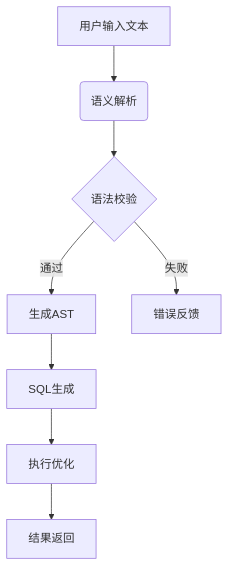
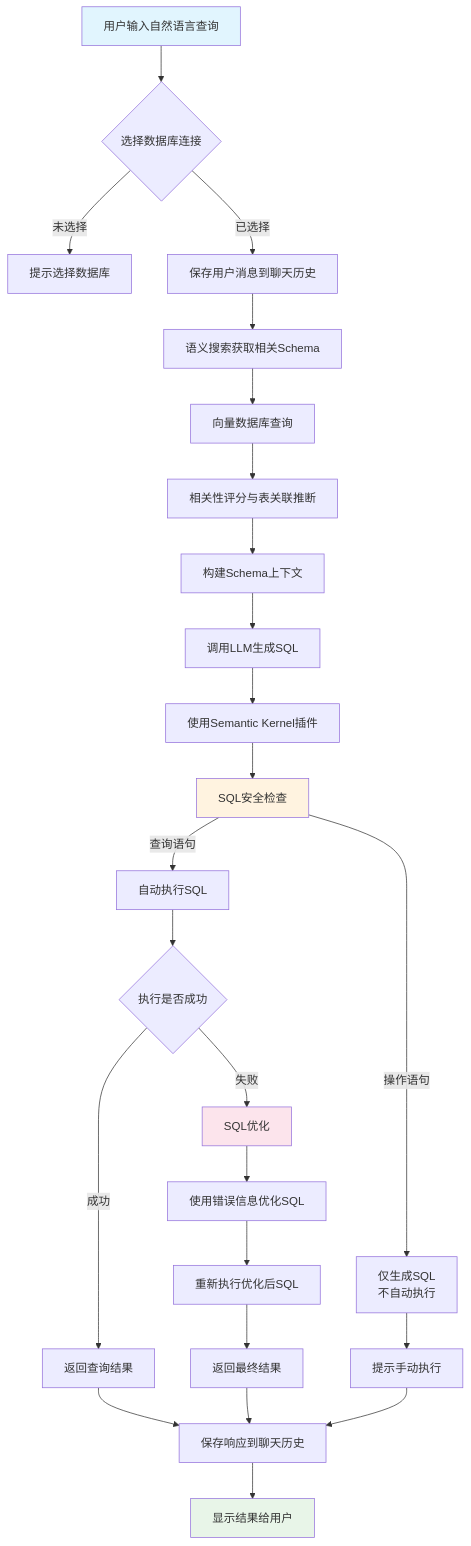
Before and after one commit to ichichchch/Text2Sql.Net: the first of 3 diagrams in README.md, drawn with Mermaid. The commit also changed other lines of this file and 2 other files, not shown here.

````diff
--- a/README.md
+++ b/README.md
@@ -55,10 +55,37 @@
 ```mermaid
 flowchart TD
-    A[用户输入文本] --> B(语义解析)
-    B --> C{语法校验}
-    C -->|通过| D[生成AST]
-    C -->|失败| E[错误反馈]
-    D --> F[SQL生成]
-    F --> G[执行优化]
-    G --> H[结果返回]
+    A[用户输入自然语言查询] --> B{选择数据库连接}
+    B -->|未选择| C[提示选择数据库]
+    B -->|已选择| D[保存用户消息到聊天历史]
+    
+    D --> E[语义搜索获取相关Schema]
+    E --> F[向量数据库查询]
+    F --> G[相关性评分与表关联推断]
+    G --> H[构建Schema上下文]
+    
+    H --> I[调用LLM生成SQL]
+    I --> J[使用Semantic Kernel插件]
+    J --> K[SQL安全检查]
+    
+    K -->|查询语句| L[自动执行SQL]
+    K -->|操作语句| M[仅生成SQL<br/>不自动执行]
+    
+    L --> N{执行是否成功}
+    N -->|成功| O[返回查询结果]
+    N -->|失败| P[SQL优化]
+    
+    P --> Q[使用错误信息优化SQL]
+    Q --> R[重新执行优化后SQL]
+    R --> S[返回最终结果]
+    
+    M --> T[提示手动执行]
+    O --> U[保存响应到聊天历史]
+    S --> U
+    T --> U
+    U --> V[显示结果给用户]
+    
+    style A fill:#e1f5fe
+    style V fill:#e8f5e8
+    style K fill:#fff3e0
+    style P fill:#fce4ec
 ```
````
